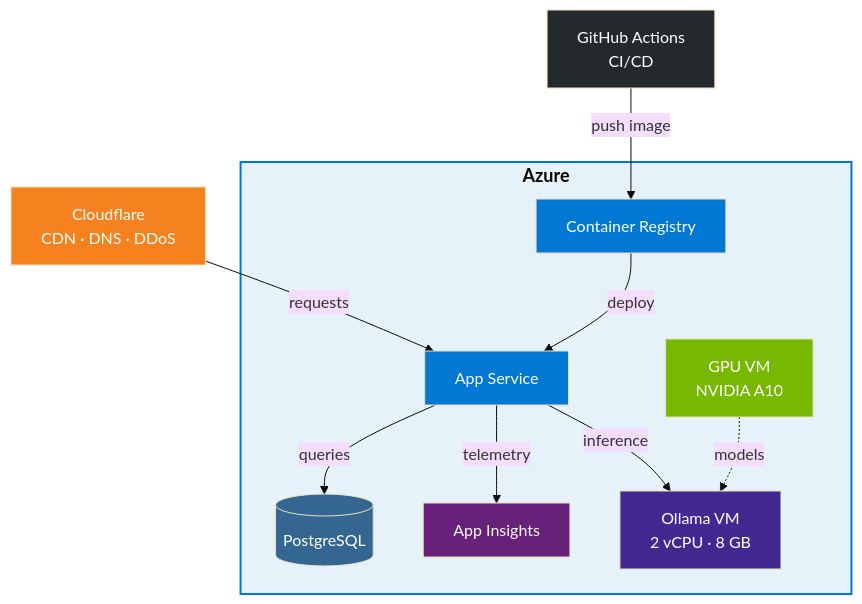
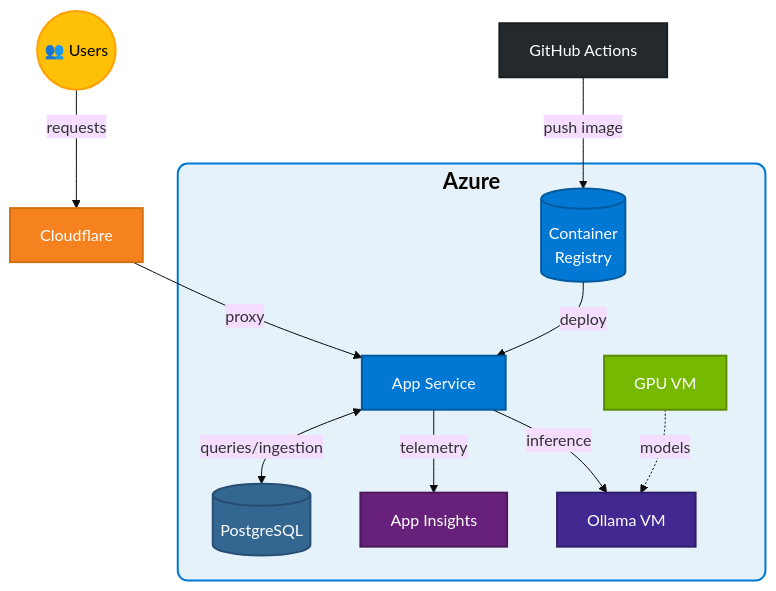
One commit to atomassi/rbac-catalog changed the diagram in README.md. Above: the diagram before and after it, drawn with Mermaid (base theme). The commit also changed other lines of this file, not shown here.

Commit message:
improve readme

````diff
--- a/README.md
+++ b/README.md
@@ -112,32 +38,35 @@
 ```mermaid
-graph TD
-    GH[GitHub Actions<br/>CI/CD]:::github
-    CDN[Cloudflare<br/>CDN · DNS · DDoS]:::cdn
+flowchart TD
+    USER((👥  Users)):::user
+    GH[GitHub Actions]:::github
+    CDN[Cloudflare]:::cdn
     
-    subgraph Azure["<b style='font-size:18px'>Azure</b>"]
-        CR[Container Registry]:::azure
+    subgraph AZ ["<span style='font-size:22px;font-weight:bold'>Azure</span>"]
+        CR[(Container<br/>Registry)]:::azure
         AS[App Service]:::azure
         PG[(PostgreSQL)]:::db
         AI[App Insights]:::monitor
-        OL[Ollama VM<br/>2 vCPU · 8 GB]:::ollama
-        GPU[GPU VM<br/>NVIDIA A10]:::gpu
+        OL[Ollama VM]:::ollama
+        GPU[GPU VM]:::gpu
     end
     
+    USER -->|requests| CDN
+    CDN -->|proxy| AS
     GH -->|push image| CR
-    CDN -->|requests| AS
     CR -->|deploy| AS
-    AS -->|queries| PG
+    AS <-->|queries/ingestion| PG
     AS -->|telemetry| AI
     AS -->|inference| OL
     GPU -.->|models| OL
     
-    classDef github fill:#24292e,color:#fff
-    classDef cdn fill:#F6821F,color:#fff
-    classDef azure fill:#0078D4,color:#fff
-    classDef db fill:#336791,color:#fff
-    classDef ollama fill:#412991,color:#fff
-    classDef gpu fill:#76B900,color:#fff
-    classDef monitor fill:#68217A,color:#fff
+    classDef user fill:#FFC107,color:#000,stroke:#FFA000,stroke-width:2px
+    classDef github fill:#24292e,color:#fff,stroke:#1a1e22,stroke-width:2px
+    classDef cdn fill:#F6821F,color:#fff,stroke:#d4700f,stroke-width:2px
+    classDef azure fill:#0078D4,color:#fff,stroke:#005a9e,stroke-width:2px
+    classDef db fill:#336791,color:#fff,stroke:#264d73,stroke-width:2px
+    classDef ollama fill:#412991,color:#fff,stroke:#301d6b,stroke-width:2px
+    classDef gpu fill:#76B900,color:#fff,stroke:#5a8c00,stroke-width:2px
+    classDef monitor fill:#68217A,color:#fff,stroke:#4e185c,stroke-width:2px
     
-    style Azure fill:#E6F2FA,stroke:#0078D4,stroke-width:2px
+    style AZ fill:#E6F2FA,stroke:#0078D4,stroke-width:2px,rx:10
 ```
````
